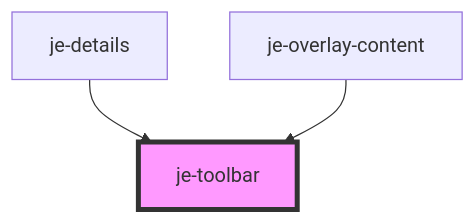
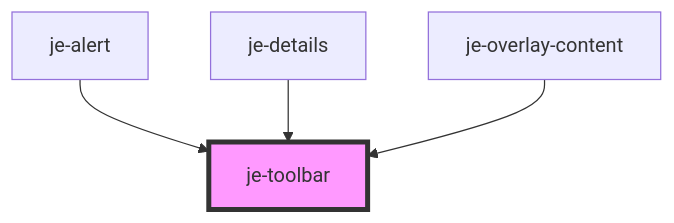
Before and after one commit to pgreen00/jebamo: the diagram in packages/core/src/docs/components/je-toolbar/readme.md, drawn with Mermaid. The commit also changed other lines of this file and 32 other files, not shown here.

````diff
--- a/packages/core/src/docs/components/je-toolbar/readme.md
+++ b/packages/core/src/docs/components/je-toolbar/readme.md
@@ -24,6 +25,7 @@
 ```mermaid
 graph TD;
+  je-alert --> je-toolbar
   je-details --> je-toolbar
   je-overlay-content --> je-toolbar
   style je-toolbar fill:#f9f,stroke:#333,stroke-width:4px
 ```
````
